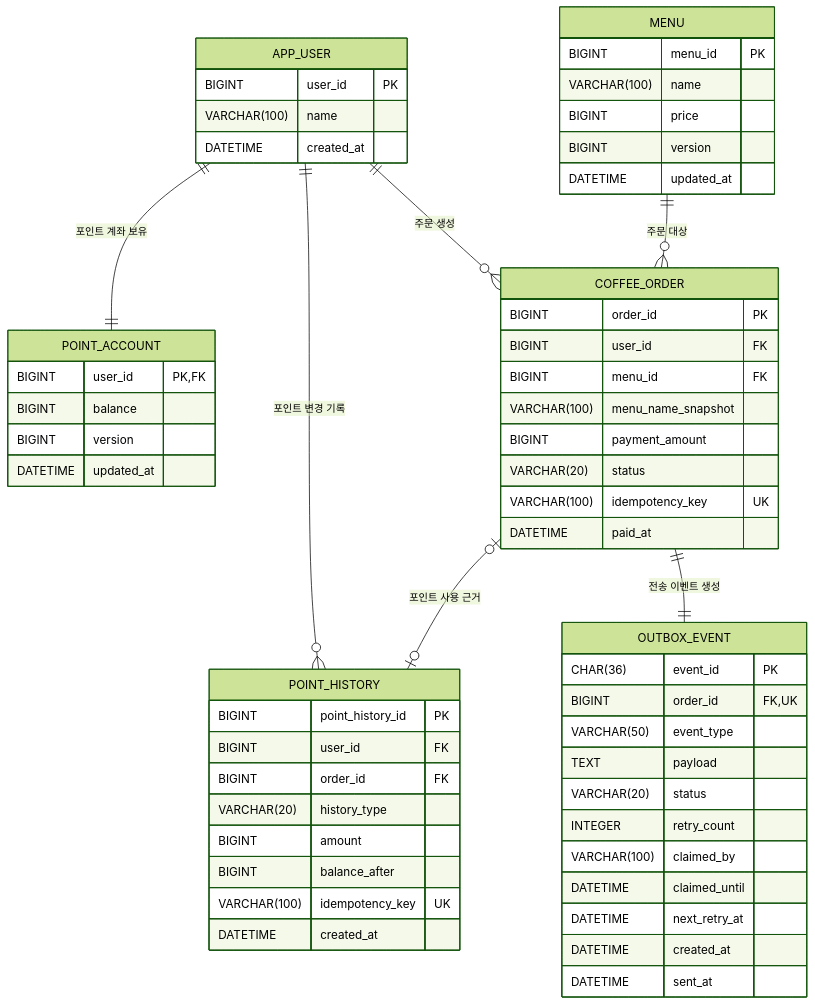
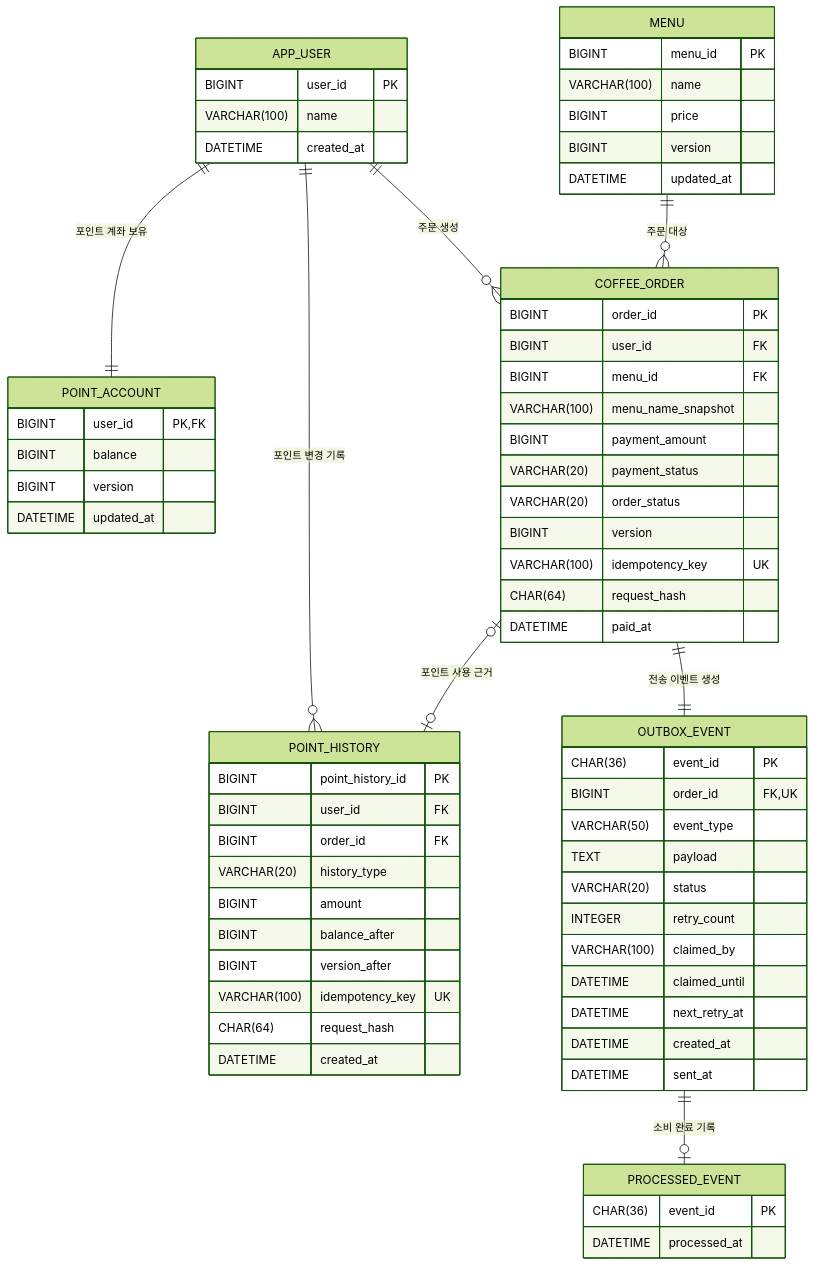
Before and after one commit to hwang67120-bit/K-------: the diagram in README.md, drawn with Mermaid (forest theme). The commit also changed other lines of this file and 27 other files, not shown here.

````diff
--- a/README.md
+++ b/README.md
@@ -239,66 +316,77 @@
 ```mermaid
 erDiagram
     APP_USER ||--|| POINT_ACCOUNT : "포인트 계좌 보유"
     APP_USER ||--o{ POINT_HISTORY : "포인트 변경 기록"
     APP_USER ||--o{ COFFEE_ORDER : "주문 생성"
     MENU ||--o{ COFFEE_ORDER : "주문 대상"
     COFFEE_ORDER o|--o| POINT_HISTORY : "포인트 사용 근거"
     COFFEE_ORDER ||--|| OUTBOX_EVENT : "전송 이벤트 생성"
+    OUTBOX_EVENT ||--o| PROCESSED_EVENT : "소비 완료 기록"
 
     APP_USER {
         BIGINT user_id PK
         VARCHAR(100) name
         DATETIME created_at
     }
 
     POINT_ACCOUNT {
         BIGINT user_id PK, FK
         BIGINT balance
         BIGINT version
         DATETIME updated_at
     }
 
     POINT_HISTORY {
         BIGINT point_history_id PK
         BIGINT user_id FK
         BIGINT order_id FK
         VARCHAR(20) history_type
         BIGINT amount
         BIGINT balance_after
+        BIGINT version_after
         VARCHAR(100) idempotency_key UK
+        CHAR(64) request_hash
         DATETIME created_at
     }
 
     MENU {
         BIGINT menu_id PK
         VARCHAR(100) name
         BIGINT price
         BIGINT version
         DATETIME updated_at
     }
 
     COFFEE_ORDER {
         BIGINT order_id PK
         BIGINT user_id FK
         BIGINT menu_id FK
         VARCHAR(100) menu_name_snapshot
         BIGINT payment_amount
-        VARCHAR(20) status
+        VARCHAR(20) payment_status
+        VARCHAR(20) order_status
+        BIGINT version
         VARCHAR(100) idempotency_key UK
+        CHAR(64) request_hash
         DATETIME paid_at
     }
 
     OUTBOX_EVENT {
         CHAR(36) event_id PK
         BIGINT order_id FK, UK
         VARCHAR(50) event_type
         TEXT payload
         VARCHAR(20) status
         INTEGER retry_count
         VARCHAR(100) claimed_by
         DATETIME claimed_until
         DATETIME next_retry_at
         DATETIME created_at
         DATETIME sent_at
     }
+
+    PROCESSED_EVENT {
+        CHAR(36) event_id PK
+        DATETIME processed_at
+    }
 ```
````
